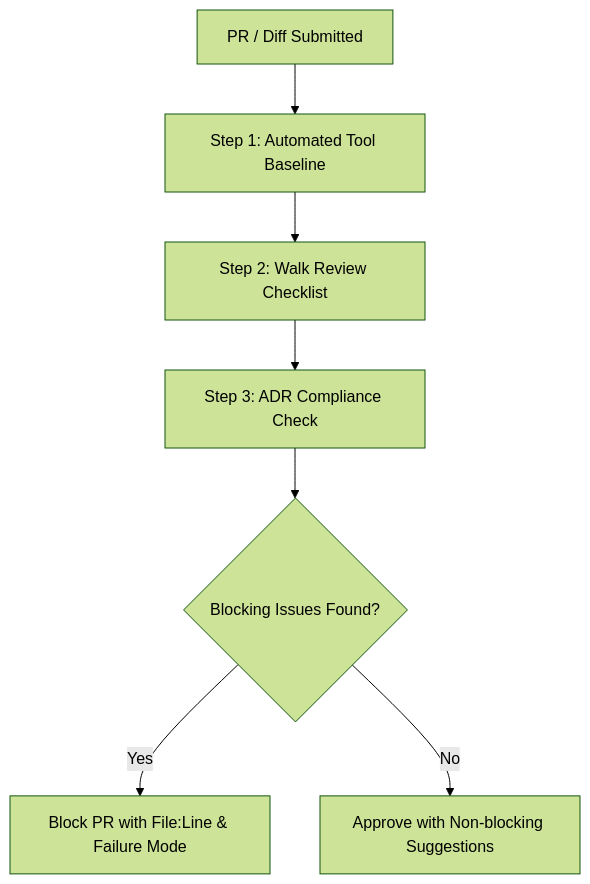
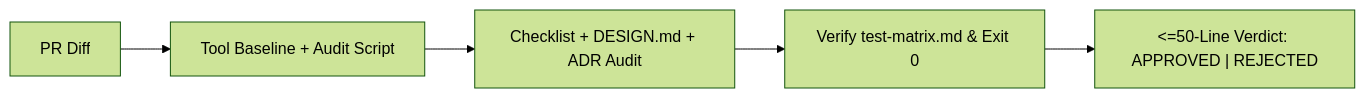
One commit to jggomez/expert-ai-developer-skills changed the diagram in plugins/antigravity/senior-dev-flutter/skills/flutter-review-checklist/SKILL.md. Above: the diagram before and after it, drawn with Mermaid (forest theme). The commit also changed other lines of this file and 78 other files, not shown here.

````diff
--- a/plugins/antigravity/senior-dev-flutter/skills/flutter-review-checklist/SKILL.md
+++ b/plugins/antigravity/senior-dev-flutter/skills/flutter-review-checklist/SKILL.md
@@ -26,9 +21,7 @@
 ```mermaid
-flowchart TD
-    A[PR / Diff Submitted] --> B[Step 1: Automated Tool Baseline]
-    B --> C[Step 2: Walk Review Checklist]
-    C --> D[Step 3: ADR Compliance Check]
-    D --> E{Blocking Issues Found?}
-    E -->|Yes| F[Block PR with File:Line & Failure Mode]
-    E -->|No| G[Approve with Non-blocking Suggestions]
+flowchart LR
+    A["PR Diff"] --> B["Tool Baseline + Audit Script"]
+    B --> C["Checklist + DESIGN.md + ADR Audit"]
+    C --> D["Verify test-matrix.md & Exit 0"]
+    D --> E["<=50-Line Verdict: APPROVED | REJECTED"]
 ```
````
